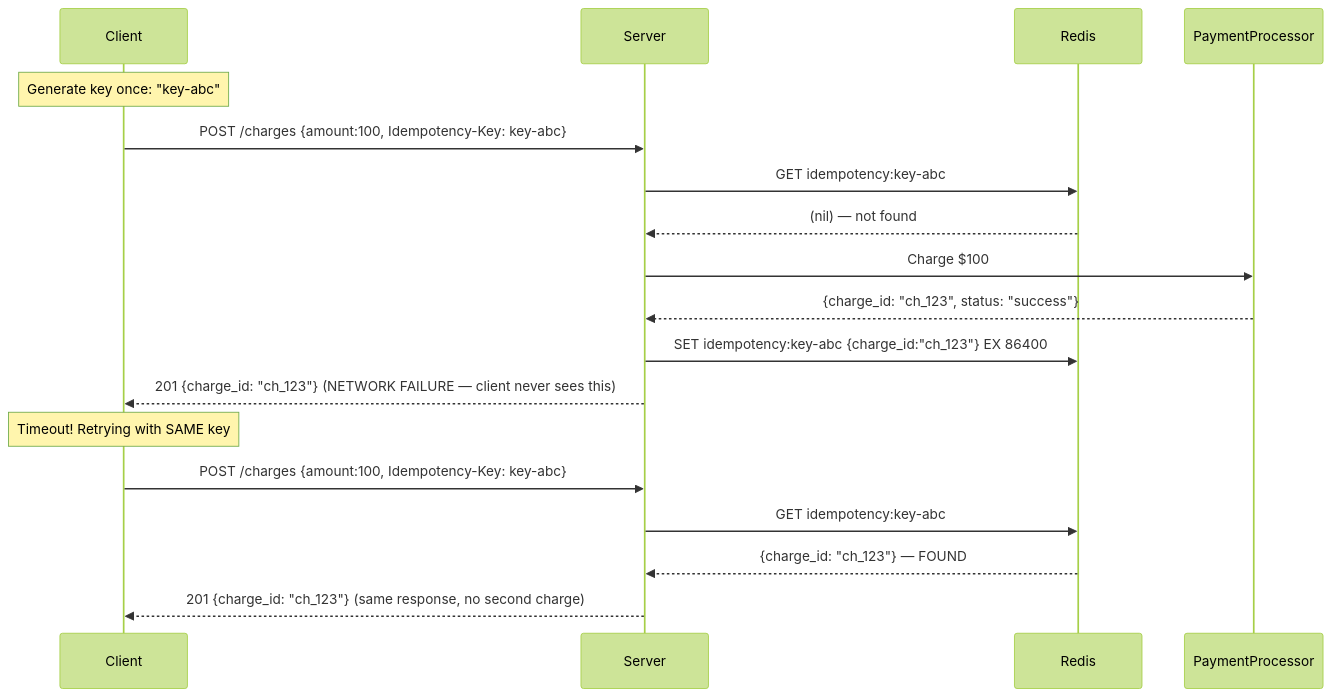
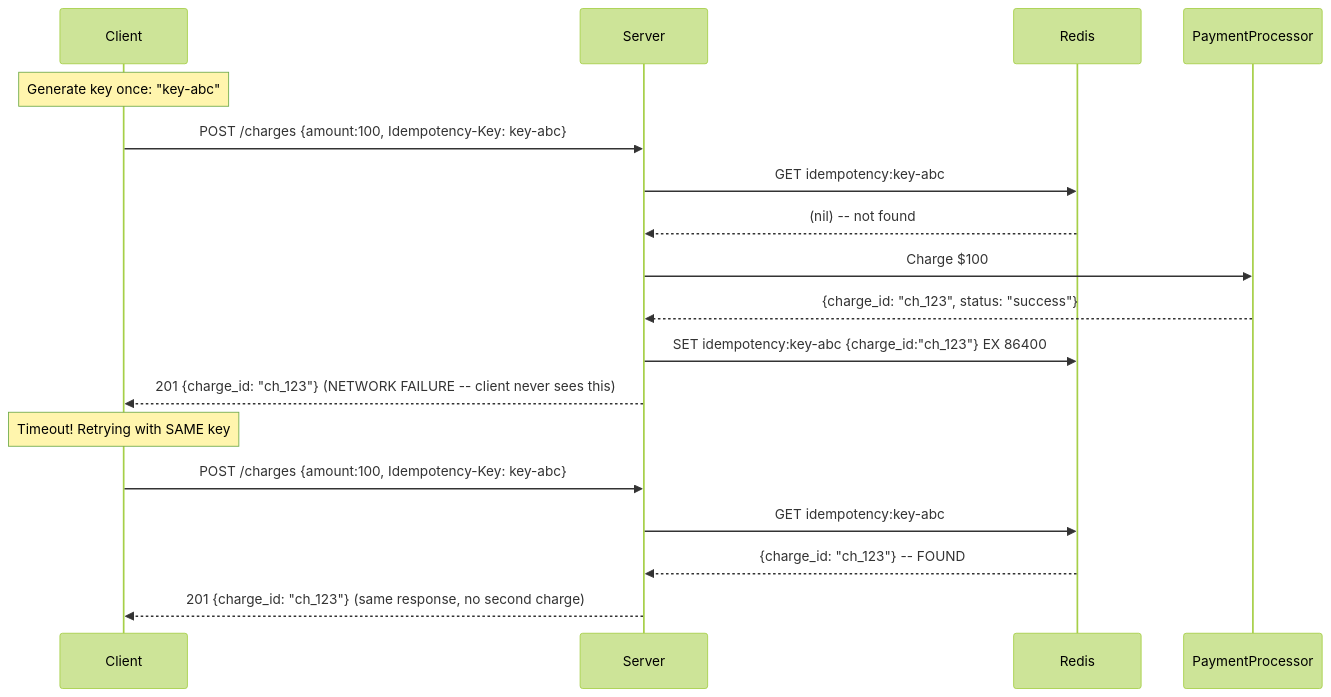
Diagram 13 of 22 in Section0/Chapter_6_Core_Building_Blocks.md (ranjeetnegi/System-Design-for-Staff-SWE), drawn with Mermaid (forest theme) before and after one commit. The commit also changed other lines of this file and 11 other files, not shown here.

````diff
--- a/Section0/Chapter_6_Core_Building_Blocks.md
+++ b/Section0/Chapter_6_Core_Building_Blocks.md
@@ -1134,24 +1134,24 @@
 ```mermaid
 sequenceDiagram
     participant Client
     participant Server
     participant Redis
     participant PaymentProcessor
 
     Note over Client: Generate key once: "key-abc"
 
     Client->>Server: POST /charges {amount:100, Idempotency-Key: key-abc}
     Server->>Redis: GET idempotency:key-abc
-    Redis-->>Server: (nil) — not found
+    Redis-->>Server: (nil) -- not found
     Server->>PaymentProcessor: Charge $100
     PaymentProcessor-->>Server: {charge_id: "ch_123", status: "success"}
     Server->>Redis: SET idempotency:key-abc {charge_id:"ch_123"} EX 86400
-    Server-->>Client: 201 {charge_id: "ch_123"} (NETWORK FAILURE — client never sees this)
+    Server-->>Client: 201 {charge_id: "ch_123"} (NETWORK FAILURE -- client never sees this)
 
     Note over Client: Timeout! Retrying with SAME key
 
     Client->>Server: POST /charges {amount:100, Idempotency-Key: key-abc}
     Server->>Redis: GET idempotency:key-abc
-    Redis-->>Server: {charge_id: "ch_123"} — FOUND
+    Redis-->>Server: {charge_id: "ch_123"} -- FOUND
     Server-->>Client: 201 {charge_id: "ch_123"} (same response, no second charge)
 ```
````
